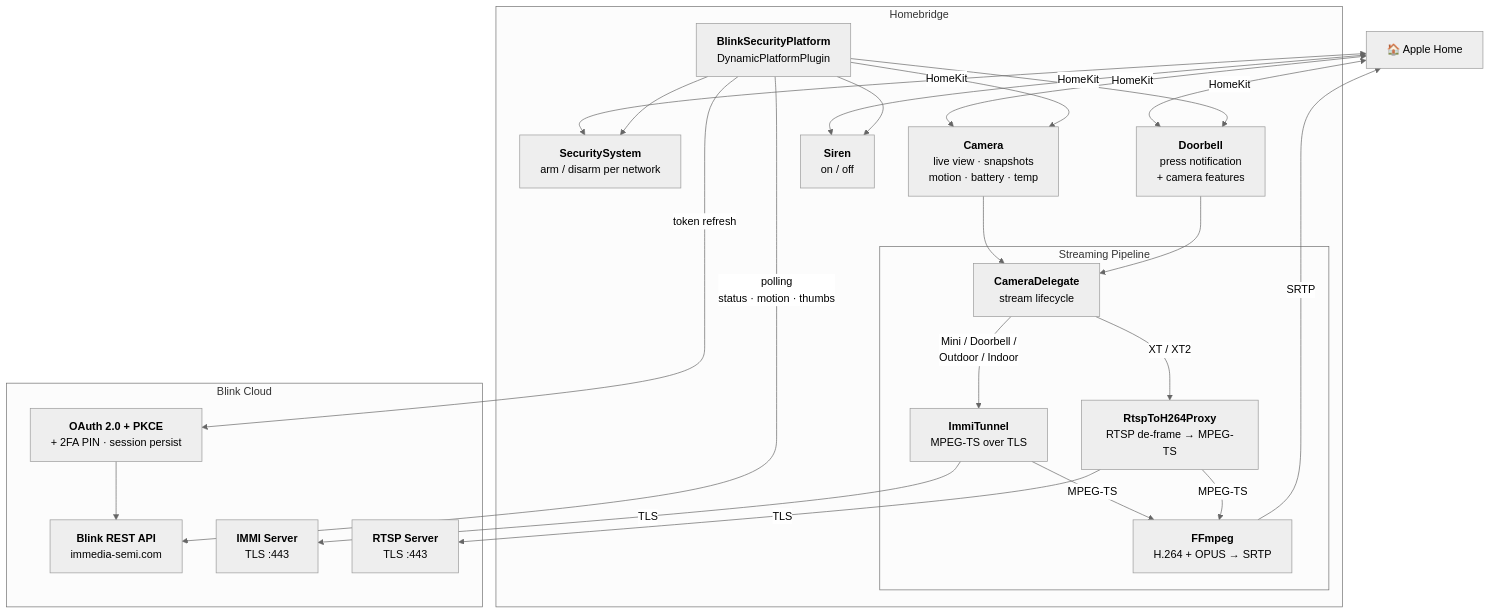
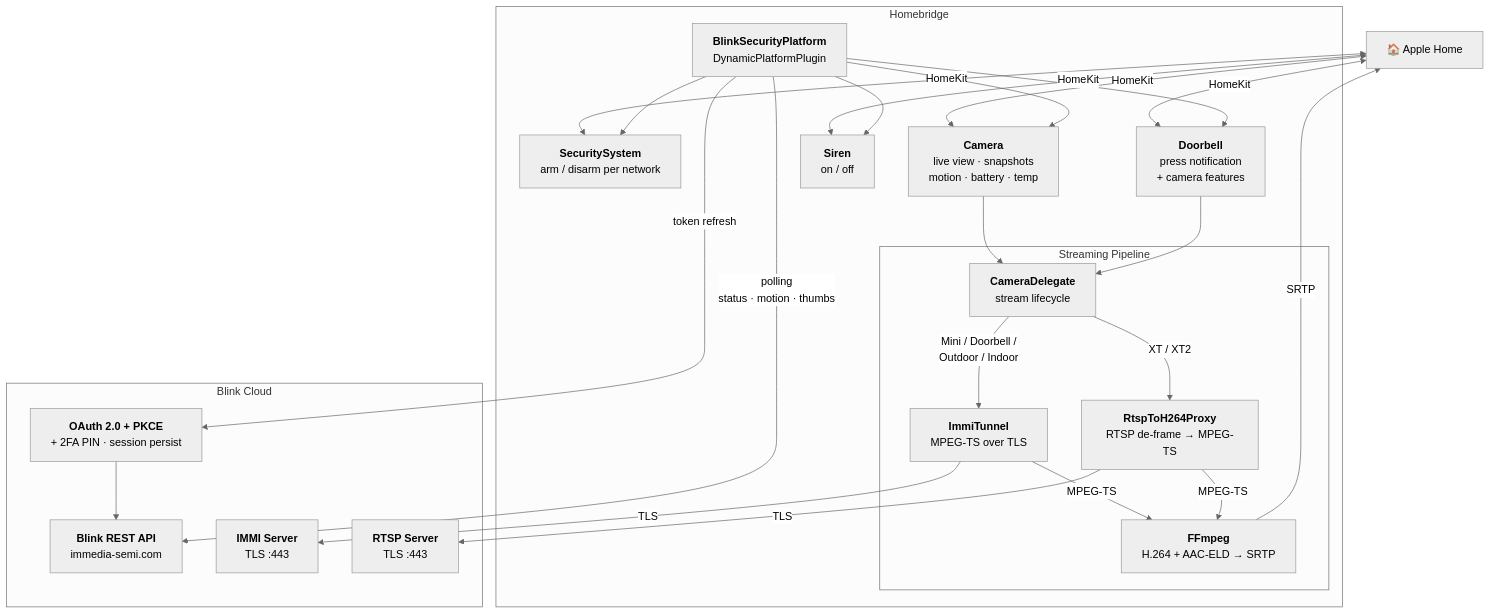
Before and after one commit to BitWise-0x/homebridge-blink-security: the diagram in README.md, drawn with Mermaid (neutral theme). The commit also changed other lines of this file, not shown here.

````diff
--- a/README.md
+++ b/README.md
@@ -55,44 +55,44 @@
 ```mermaid
 graph TD
     Home["🏠 Apple Home"]
 
     subgraph Homebridge
         platform["<b>BlinkSecurityPlatform</b><br>DynamicPlatformPlugin"]
         acc_sec["<b>SecuritySystem</b><br>arm / disarm per network"]
         acc_cam["<b>Camera</b><br>live view · snapshots<br>motion · battery · temp"]
         acc_door["<b>Doorbell</b><br>press notification<br>+ camera features"]
         acc_siren["<b>Siren</b><br>on / off"]
 
         subgraph Streaming Pipeline
             delegate["<b>CameraDelegate</b><br>stream lifecycle"]
             immi_proxy["<b>ImmiTunnel</b><br>MPEG-TS over TLS"]
             rtsp_proxy["<b>RtspToH264Proxy</b><br>RTSP de-frame → MPEG-TS"]
-            ffmpeg["<b>FFmpeg</b><br>H.264 + OPUS → SRTP"]
+            ffmpeg["<b>FFmpeg</b><br>H.264 + AAC-ELD → SRTP"]
         end
     end
 
     subgraph Blink Cloud
         auth["<b>OAuth 2.0 + PKCE</b><br>+ 2FA PIN · session persist"]
         api["<b>Blink REST API</b><br>immedia-semi.com"]
         immi_srv["<b>IMMI Server</b><br>TLS :443"]
         rtsp_srv["<b>RTSP Server</b><br>TLS :443"]
     end
 
     Home <-->|"HomeKit"| acc_sec
     Home <-->|"HomeKit"| acc_cam
     Home <-->|"HomeKit"| acc_door
     Home <-->|"HomeKit"| acc_siren
 
     platform --> acc_sec & acc_cam & acc_door & acc_siren
     platform -->|"polling<br>status · motion · thumbs"| api
     platform -->|"token refresh"| auth
     auth --> api
 
     acc_cam & acc_door --> delegate
     delegate -->|"Mini / Doorbell /<br>Outdoor / Indoor"| immi_proxy
     delegate -->|"XT / XT2"| rtsp_proxy
     immi_proxy -->|"TLS"| immi_srv
     rtsp_proxy -->|"TLS"| rtsp_srv
     immi_proxy & rtsp_proxy -->|"MPEG-TS"| ffmpeg
     ffmpeg -->|"SRTP"| Home
 ```
````
